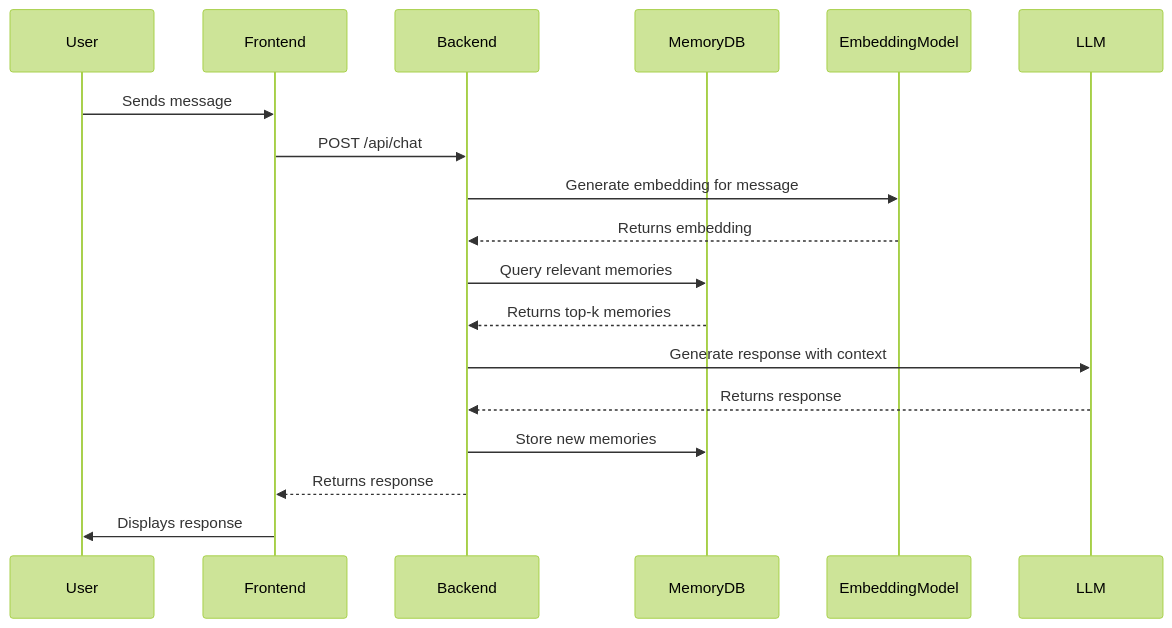
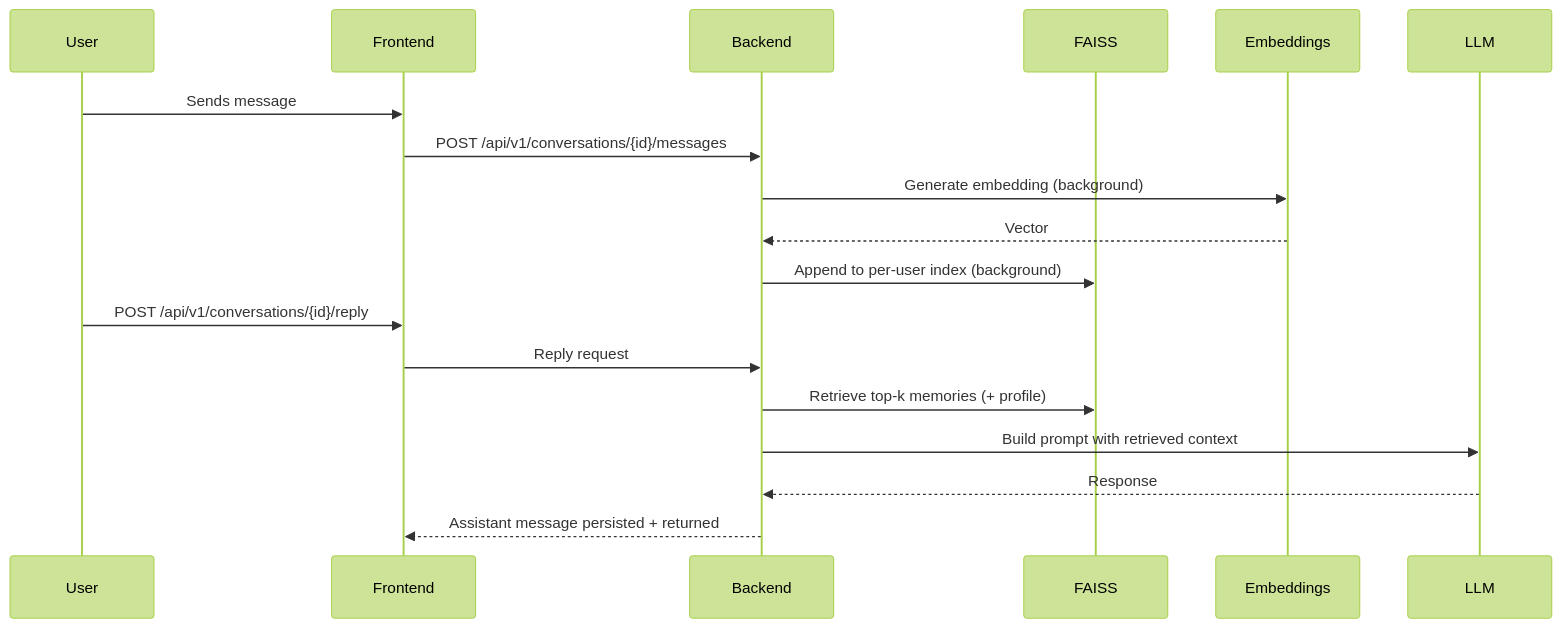
One commit to aasish-bodapati/ai-companion-v2 changed the diagram in docs/ground_truth/04_memory_system_design.md. Above: the diagram before and after it, drawn with Mermaid (forest theme). The commit also changed other lines of this file and 16 other files, not shown here.

First line of the commit message:
feat: Add AI reply endpoint and memory system foundation

````diff
--- a/docs/ground_truth/04_memory_system_design.md
+++ b/docs/ground_truth/04_memory_system_design.md
@@ -39,20 +38,22 @@
 ```mermaid
 sequenceDiagram
     participant User
     participant Frontend
     participant Backend
-    participant MemoryDB
-    participant EmbeddingModel
-    
+    participant FAISS
+    participant Embeddings
+    participant LLM
+
     User->>Frontend: Sends message
-    Frontend->>Backend: POST /api/chat
-    Backend->>EmbeddingModel: Generate embedding for message
-    EmbeddingModel-->>Backend: Returns embedding
-    Backend->>MemoryDB: Query relevant memories
-    MemoryDB-->>Backend: Returns top-k memories
-    Backend->>LLM: Generate response with context
-    LLM-->>Backend: Returns response
-    Backend->>MemoryDB: Store new memories
-    Backend-->>Frontend: Returns response
-    Frontend->>User: Displays response
+    Frontend->>Backend: POST /api/v1/conversations/{id}/messages
+    Backend->>Embeddings: Generate embedding (background)
+    Embeddings-->>Backend: Vector
+    Backend->>FAISS: Append to per-user index (background)
+
+    User->>Frontend: POST /api/v1/conversations/{id}/reply
+    Frontend->>Backend: Reply request
+    Backend->>FAISS: Retrieve top-k memories (+ profile)
+    Backend->>LLM: Build prompt with retrieved context
+    LLM-->>Backend: Response
+    Backend-->>Frontend: Assistant message persisted + returned
 ```
````
